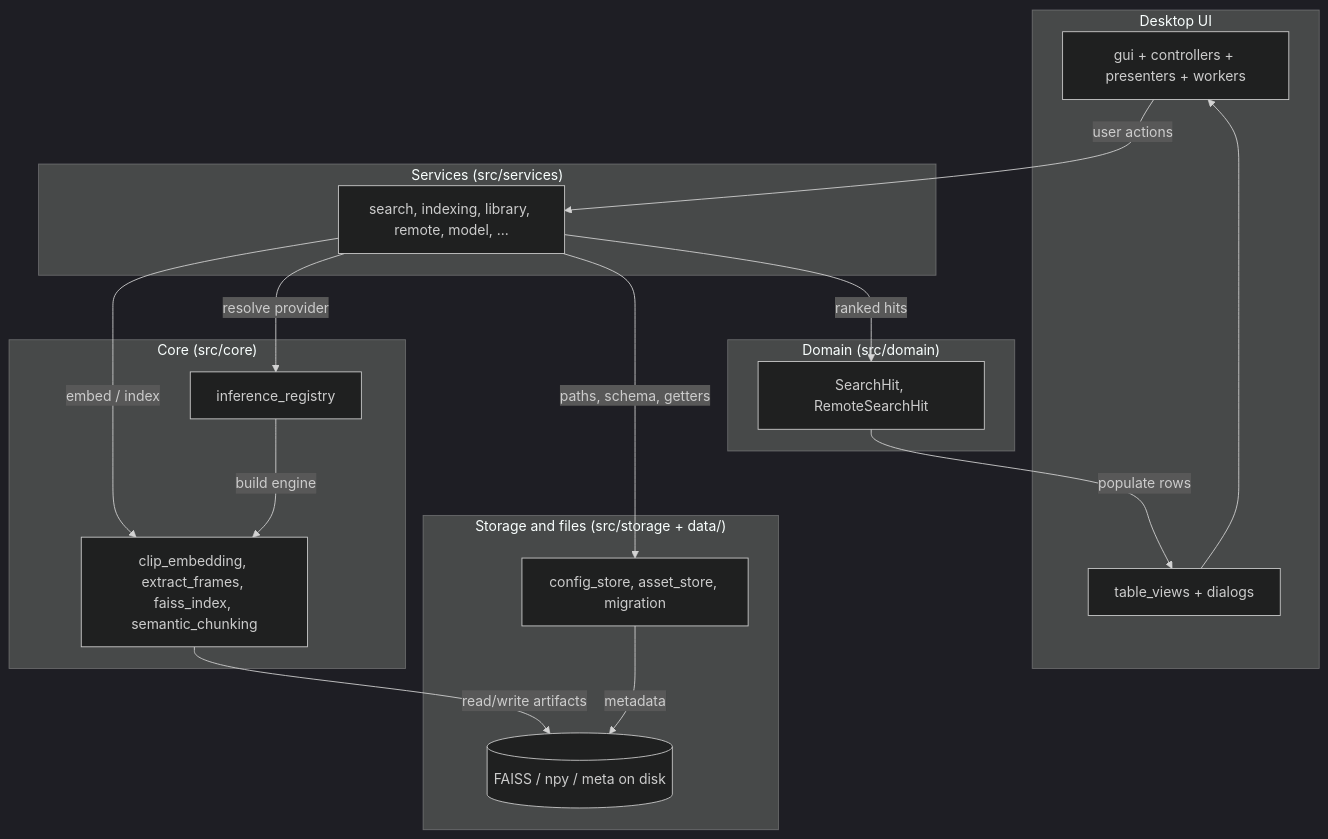
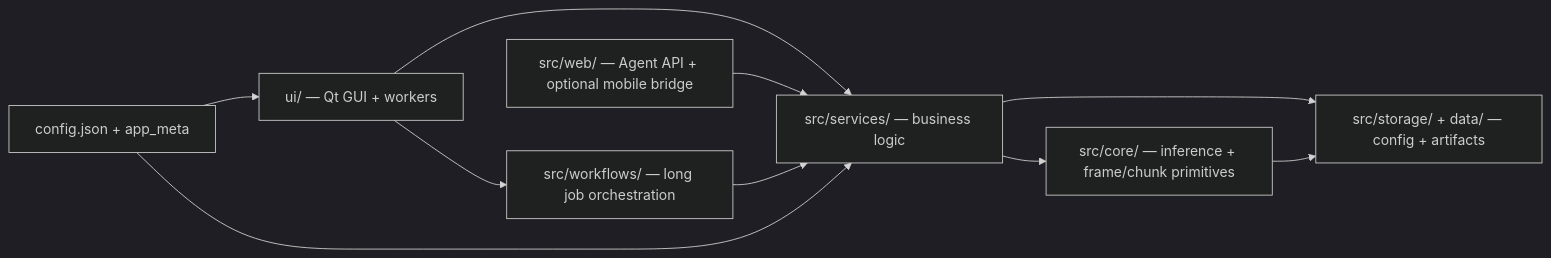
One commit to 6v17/VideoSeek changed the fourth of 5 diagrams in docs/architecture.md. Above: the diagram before and after it, drawn with Mermaid (dark theme). The commit also changed other lines of this file and 44 other files, not shown here.

````diff
--- a/docs/architecture.md
+++ b/docs/architecture.md
@@ -23,36 +81,20 @@
 ```mermaid
-flowchart TB
-  subgraph client ["Desktop UI"]
-    GUI["gui + controllers + presenters + workers"]
-    TV["table_views + dialogs"]
-  end
+flowchart LR
+  UI["ui/ — Qt GUI + workers"]
+  SVC["src/services/ — business logic"]
+  WF["src/workflows/ — long job orchestration"]
+  CORE["src/core/ — inference + frame/chunk primitives"]
+  WEB["src/web/ — Agent API + optional mobile bridge"]
+  STO["src/storage/ + data/ — config + artifacts"]
+  CFG["config.json + app_meta"]
 
-  subgraph svc ["Services (src/services)"]
-    SVC["search, indexing, library, remote, model, ..."]
-  end
-
-  subgraph domain ["Domain (src/domain)"]
-    DTO["SearchHit, RemoteSearchHit"]
-  end
-
-  subgraph core ["Core (src/core)"]
-    IR["inference_registry"]
-    CE["clip_embedding, extract_frames, faiss_index, semantic_chunking"]
-  end
-
-  subgraph data ["Storage and files (src/storage + data/)"]
-    CFG["config_store, asset_store, migration"]
-    DISK[("FAISS / npy / meta on disk")]
-  end
-
-  GUI -->|user actions| SVC
-  SVC -->|embed / index| CE
-  SVC -->|resolve provider| IR
-  IR -->|build engine| CE
-  SVC -->|paths, schema, getters| CFG
-  CE -->|read/write artifacts| DISK
-  CFG -->|metadata| DISK
-  SVC -->|ranked hits| DTO
-  DTO -->|populate rows| TV
-  TV --> GUI
+  UI --> SVC
+  UI --> WF
+  WEB --> SVC
+  SVC --> CORE
+  SVC --> STO
+  WF --> SVC
+  CORE --> STO
+  CFG --> UI
+  CFG --> SVC
 ```
````
